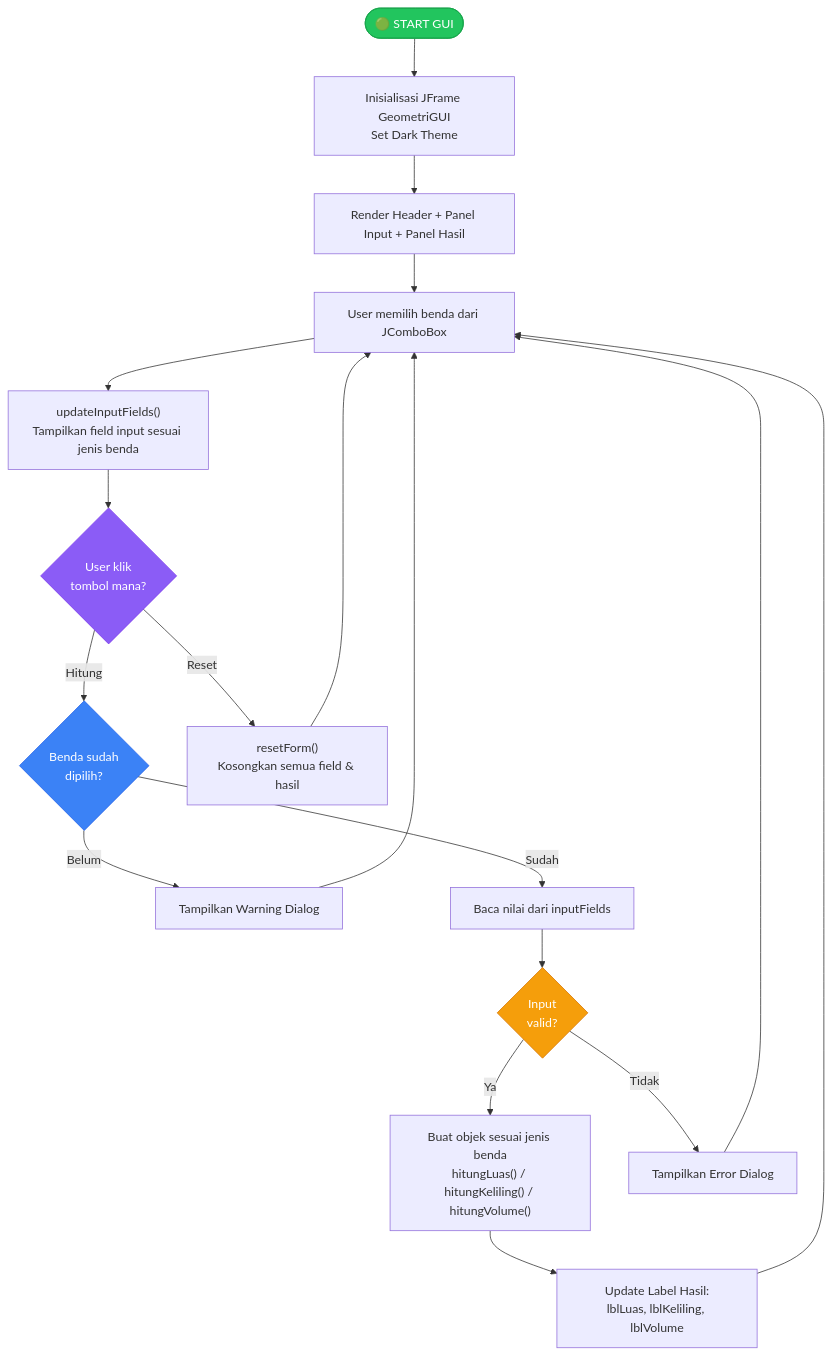
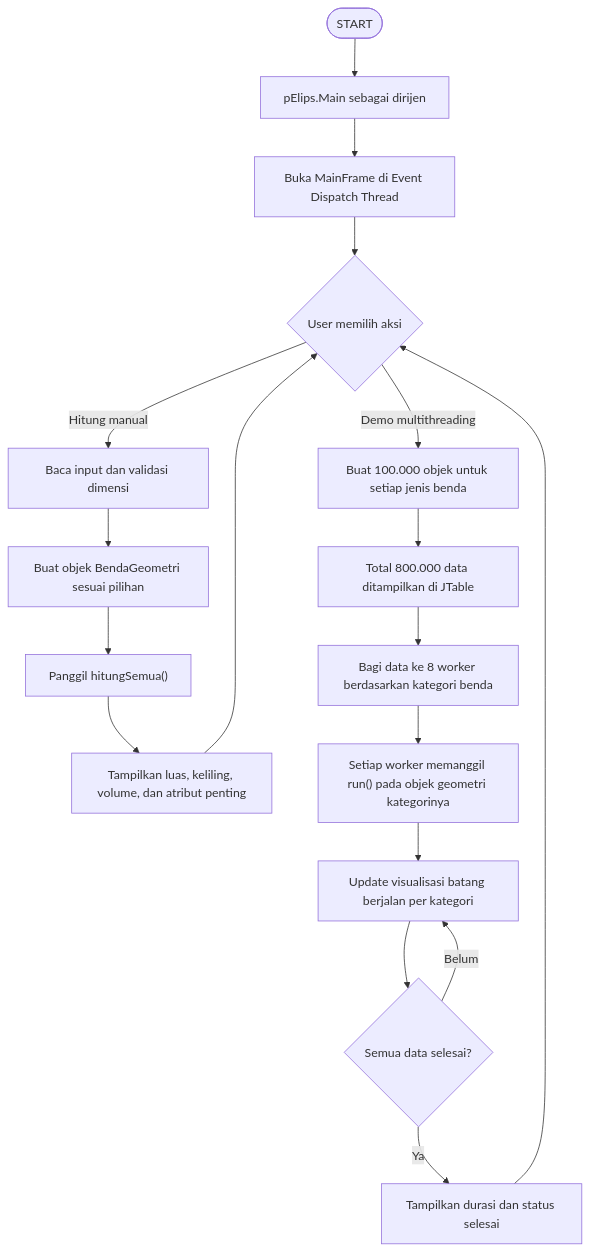
Before and after one commit to ikhsanwahyue/Elips-ObjectOrientedProgramming: the second of 2 diagrams in flowchart_dan_uml.md, drawn with Mermaid. The commit also changed other lines of this file and 27 other files, not shown here.

Commit message:
feat: menyelesaikan seluruh class model geometri, proses, dan GUI

````diff
--- a/flowchart_dan_uml.md
+++ b/flowchart_dan_uml.md
@@ -335,30 +116,20 @@
 ```mermaid
 flowchart TD
-    A([🟢 START GUI]) --> B["Inisialisasi JFrame GeometriGUI\nSet Dark Theme"]
-    B --> C["Render Header + Panel Input + Panel Hasil"]
-    C --> D["User memilih benda dari JComboBox"]
-    D --> E["updateInputFields()\nTampilkan field input sesuai jenis benda"]
-    E --> F{"User klik\ntombol mana?"}
-
-    F -->|"Hitung"| G{"Benda sudah\ndipilih?"}
-    F -->|"Reset"| L["resetForm()\nKosongkan semua field & hasil"]
-
-    G -->|"Belum"| H["Tampilkan Warning Dialog"]
-    G -->|"Sudah"| I["Baca nilai dari inputFields"]
-
-    I --> J{"Input\nvalid?"}
-    J -->|"Ya"| K["Buat objek sesuai jenis benda\nhitungLuas() / hitungKeliling() / hitungVolume()"]
-    J -->|"Tidak"| M["Tampilkan Error Dialog"]
-
-    K --> N["Update Label Hasil:\nlblLuas, lblKeliling, lblVolume"]
-
+    A([START]) --> B["pElips.Main sebagai dirijen"]
+    B --> C["Buka MainFrame di Event Dispatch Thread"]
+    C --> D{"User memilih aksi"}
+    D -->|"Hitung manual"| E["Baca input dan validasi dimensi"]
+    E --> F["Buat objek BendaGeometri sesuai pilihan"]
+    F --> G["Panggil hitungSemua()"]
+    G --> H["Tampilkan luas, keliling, volume, dan atribut penting"]
     H --> D
-    M --> D
-    N --> D
-    L --> D
-
-    style A fill:#22c55e,stroke:#16a34a,color:#fff
-    style G fill:#3b82f6,stroke:#2563eb,color:#fff
-    style J fill:#f59e0b,stroke:#d97706,color:#fff
-    style F fill:#8b5cf6,stroke:#7c3aed,color:#fff
+    D -->|"Demo multithreading"| I["Buat 100.000 objek untuk setiap jenis benda"]
+    I --> J["Total 800.000 data ditampilkan di JTable"]
+    J --> K["Bagi data ke 8 worker berdasarkan kategori benda"]
+    K --> L["Setiap worker memanggil run() pada objek geometri kategorinya"]
+    L --> M["Update visualisasi batang berjalan per kategori"]
+    M --> N{"Semua data selesai?"}
+    N -->|"Belum"| M
+    N -->|"Ya"| O["Tampilkan durasi dan status selesai"]
+    O --> D
 ```
````
